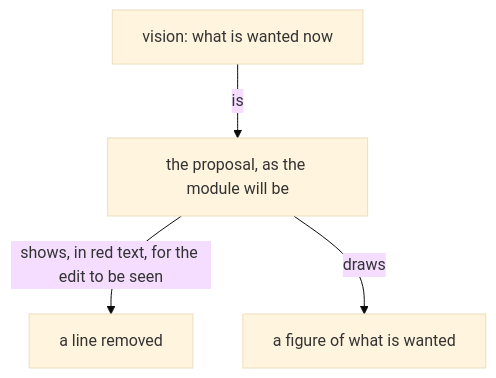
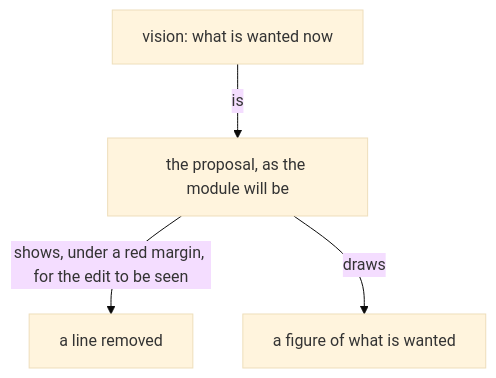
One commit to LiGoldragon/psyche-belief changed the first of 2 diagrams in vision/book.md. Above: the diagram before and after it, drawn with Mermaid (base theme). The commit also changed other lines of this file and 1 other file, not shown here.

````diff
--- a/vision/book.md
+++ b/vision/book.md
@@ -38,6 +40,6 @@
 ```mermaid
 flowchart TB
     v["vision: what is wanted now"] -- "is" --> p["the proposal, as the module will be"]
-    p -- "shows, in red text, for the edit to be seen" --> r["a line removed"]
+    p -- "shows, under a red margin, for the edit to be seen" --> r["a line removed"]
     p -- "draws" --> f["a figure of what is wanted"]
 ```
````
